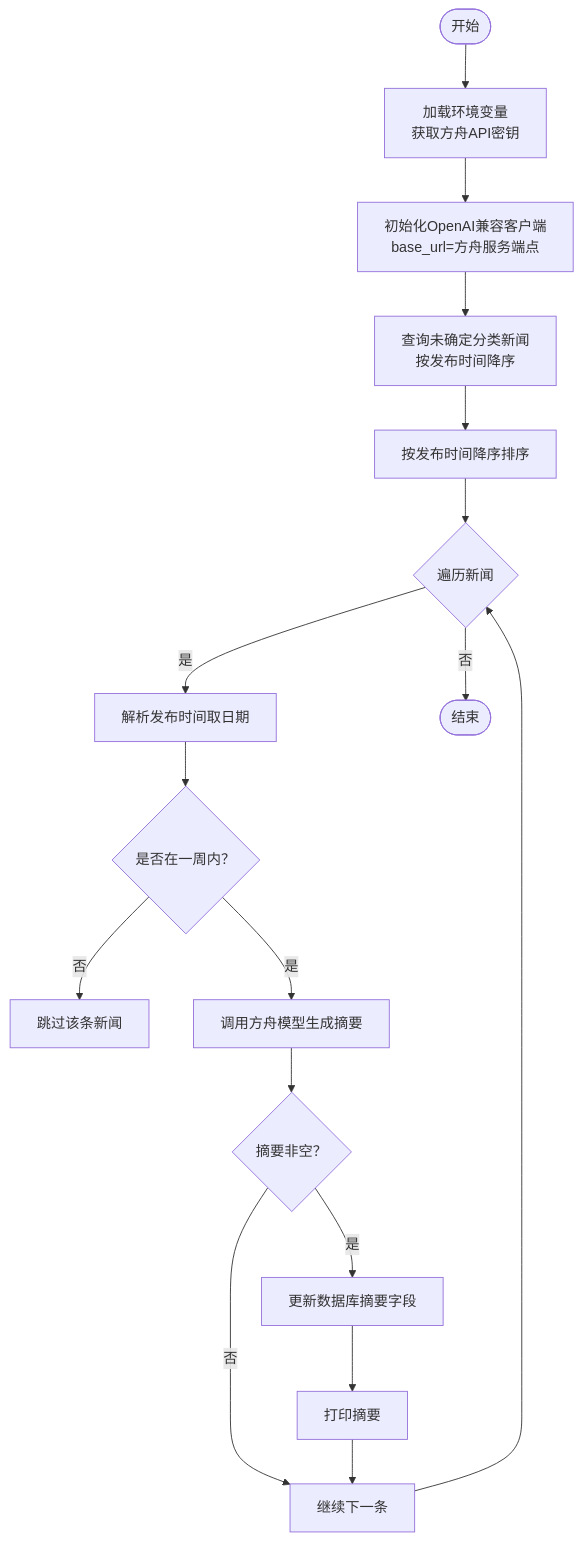
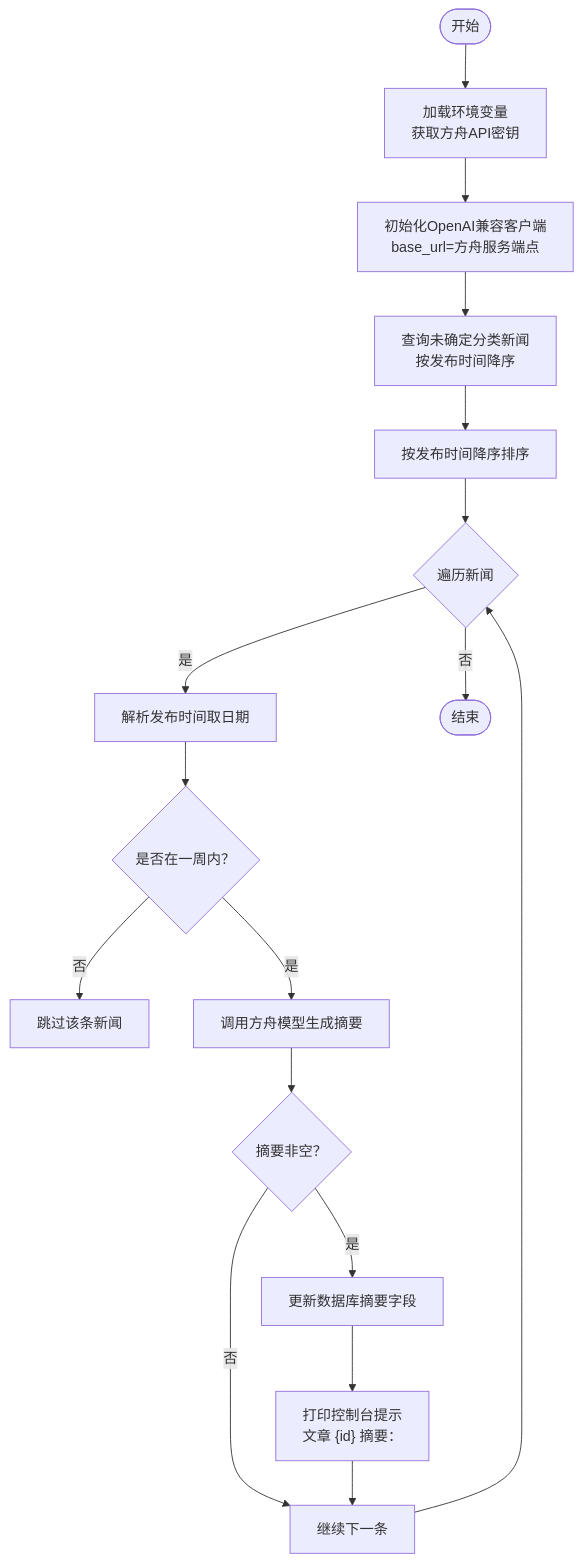
One commit to dengwanqian/news-exacter changed the third of 5 diagrams in .qoder/repowiki/zh/content/工具脚本说明/摘要生成工具.md. Above: the diagram before and after it, drawn with Mermaid. The commit also changed other lines of this file and 8 other files, not shown here.

````diff
--- a/.qoder/repowiki/zh/content/工具脚本说明/摘要生成工具.md
+++ b/.qoder/repowiki/zh/content/工具脚本说明/摘要生成工具.md
@@ -149,19 +150,19 @@
 ```mermaid
 flowchart TD
 Start(["开始"]) --> LoadEnv["加载环境变量<br/>获取方舟API密钥"]
 LoadEnv --> InitClient["初始化OpenAI兼容客户端<br/>base_url=方舟服务端点"]
 InitClient --> QueryNews["查询未确定分类新闻<br/>按发布时间降序"]
 QueryNews --> SortList["按发布时间降序排序"]
 SortList --> LoopNews{"遍历新闻"}
 LoopNews --> |是| ParseTime["解析发布时间取日期"]
 ParseTime --> CheckWeek{"是否在一周内？"}
 CheckWeek --> |否| Skip["跳过该条新闻"]
 CheckWeek --> |是| CallModel["调用方舟模型生成摘要"]
 CallModel --> HasSummary{"摘要非空？"}
 HasSummary --> |是| UpdateDB["更新数据库摘要字段"]
 HasSummary --> |否| Next["继续下一条"]
-UpdateDB --> Print["打印摘要"]
+UpdateDB --> Print["打印控制台提示<br/>文章 {id} 摘要："]
 Print --> Next
 Next --> LoopNews
 LoopNews --> |否| End(["结束"])
 ```
````
